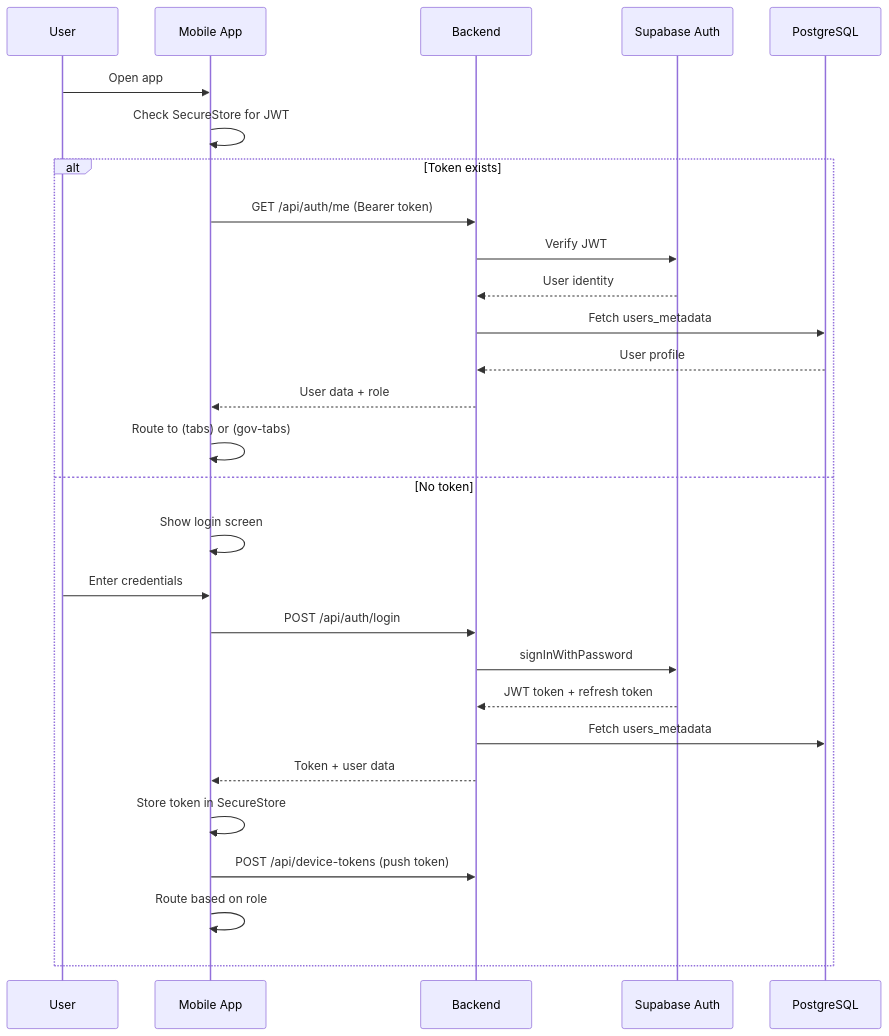
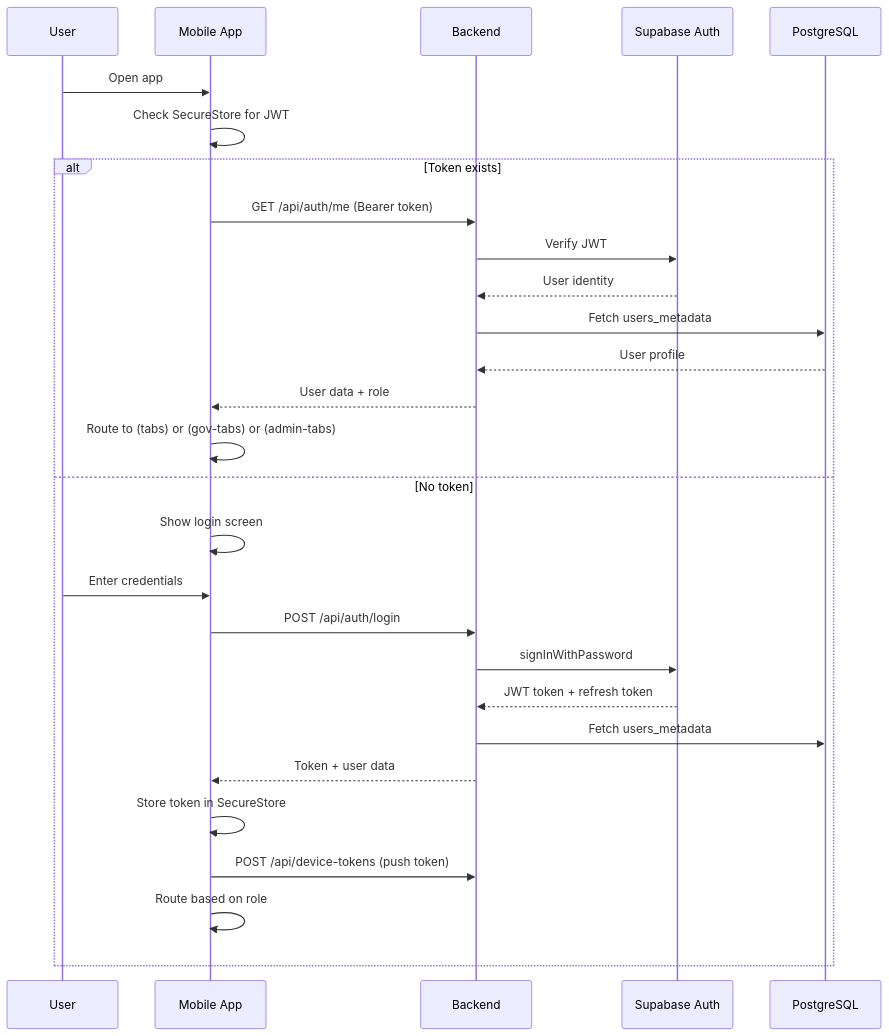
One commit to StackHorizon-ProxoCoris/frontend-mobileapp changed the first of 10 diagrams in docs/SYSTEM_FLOW.md. Above: the diagram before and after it, drawn with Mermaid. The commit also changed other lines of this file and 4 other files, not shown here.

````diff
--- a/docs/SYSTEM_FLOW.md
+++ b/docs/SYSTEM_FLOW.md
@@ -9,32 +9,32 @@
 ```mermaid
 sequenceDiagram
     participant User
     participant App as Mobile App
     participant API as Backend
     participant Auth as Supabase Auth
     participant DB as PostgreSQL
 
     User->>App: Open app
     App->>App: Check SecureStore for JWT
 
     alt Token exists
         App->>API: GET /api/auth/me (Bearer token)
         API->>Auth: Verify JWT
         Auth-->>API: User identity
         API->>DB: Fetch users_metadata
         DB-->>API: User profile
         API-->>App: User data + role
-        App->>App: Route to (tabs) or (gov-tabs)
+        App->>App: Route to (tabs) or (gov-tabs) or (admin-tabs)
     else No token
         App->>App: Show login screen
         User->>App: Enter credentials
         App->>API: POST /api/auth/login
         API->>Auth: signInWithPassword
         Auth-->>API: JWT token + refresh token
         API->>DB: Fetch users_metadata
         API-->>App: Token + user data
         App->>App: Store token in SecureStore
         App->>API: POST /api/device-tokens (push token)
         App->>App: Route based on role
     end
 ```
````
